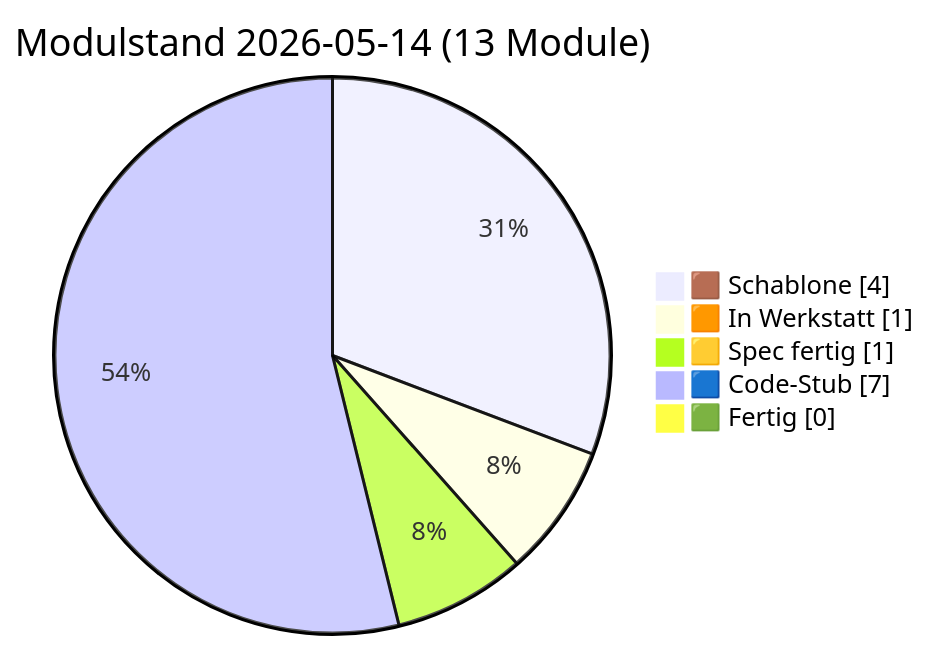
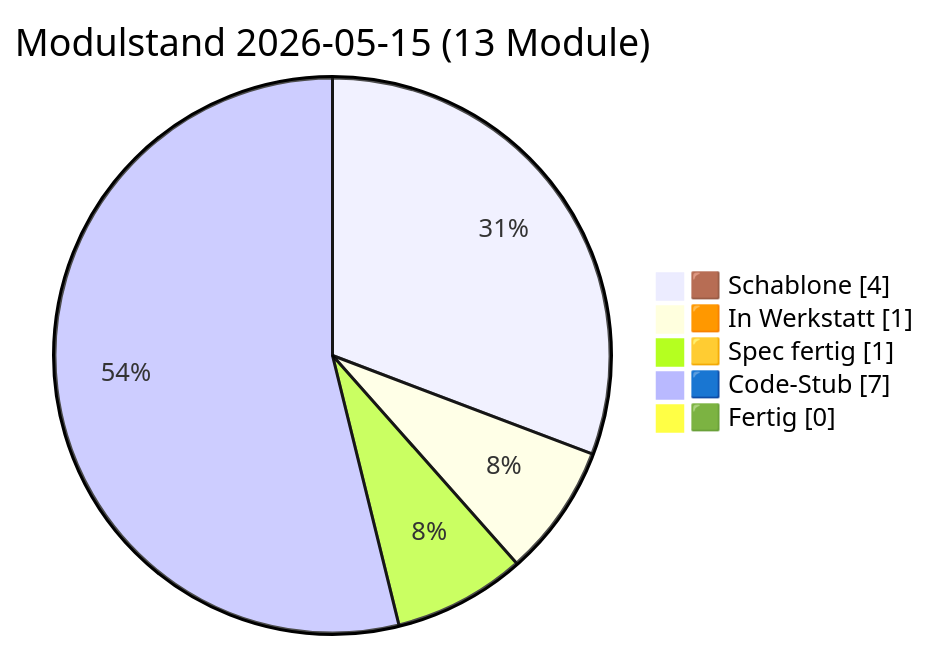
One commit to lausiklauskn-png/Sage-Protokol changed the diagram in docs/PULS.md. Above: the diagram before and after it, drawn with Mermaid. The commit also changed other lines of this file and 2 other files, not shown here.

````diff
--- a/docs/PULS.md
+++ b/docs/PULS.md
@@ -16,9 +16,9 @@
 ```mermaid
 pie showData
-  title Modulstand 2026-05-14 (13 Module)
+  title Modulstand 2026-05-15 (13 Module)
   "🟫 Schablone" : 4
   "🟧 In Werkstatt" : 1
   "🟨 Spec fertig" : 1
   "🟦 Code-Stub" : 7
   "🟩 Fertig" : 0
 ```
````
